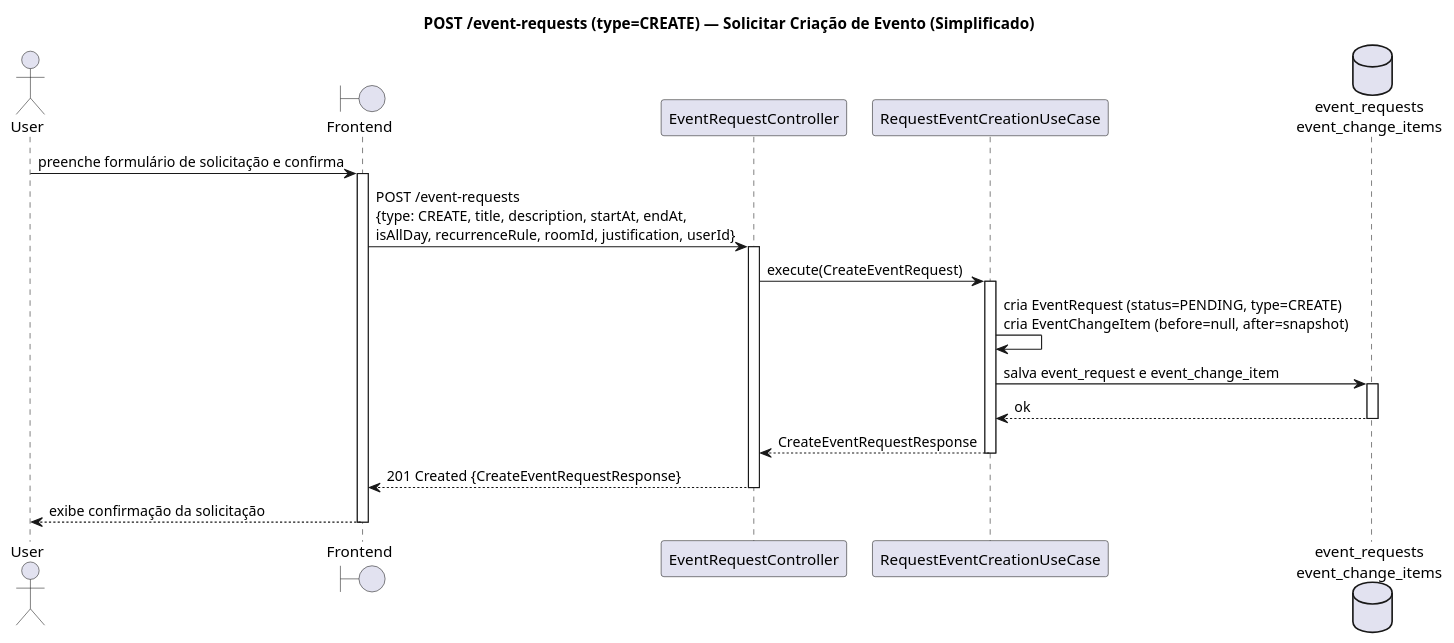
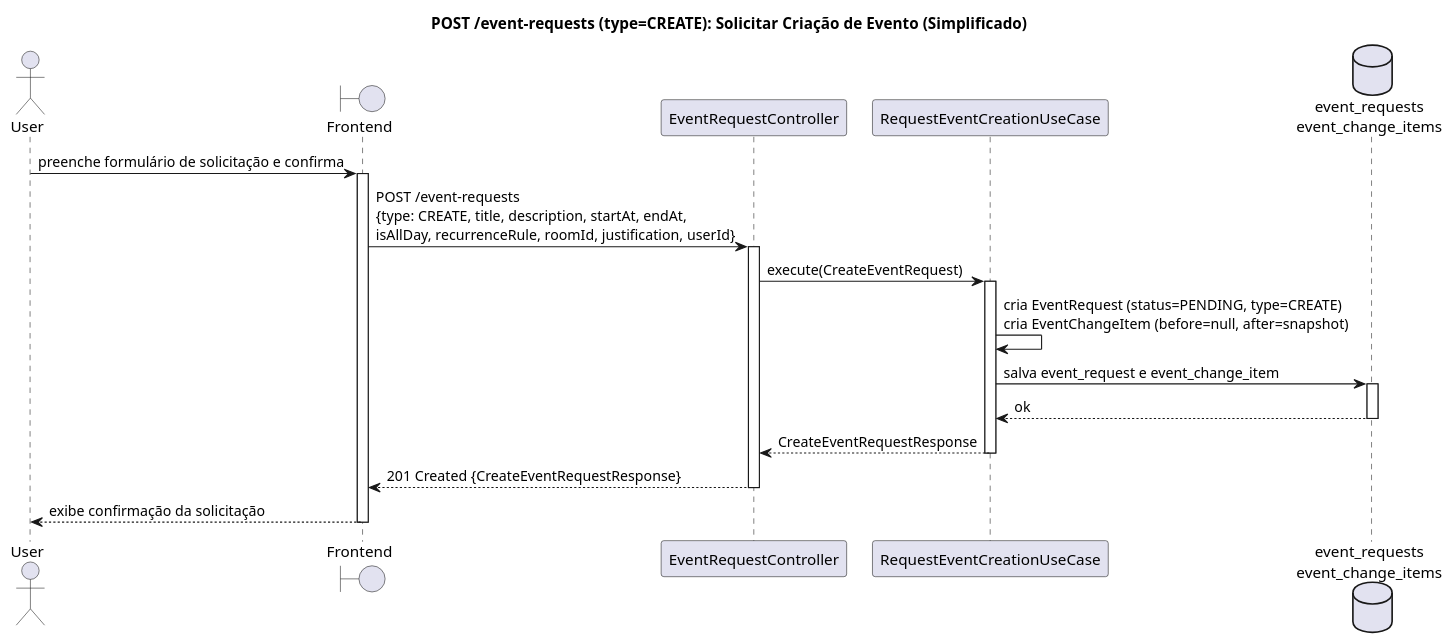
Before and after one commit to Neoguara/rooms-diagrams: the diagram in src/plantuml/sequencia/event/request_event_creation_simple.puml, drawn with PlantUML. The commit also changed 73 other files, not shown here.

```diff
--- a/src/plantuml/sequencia/event/request_event_creation_simple.puml
+++ b/src/plantuml/sequencia/event/request_event_creation_simple.puml
@@ -1,33 +1,33 @@
 @startuml request_event_creation_simple
 
-title POST /event-requests (type=CREATE) — Solicitar Criação de Evento (Simplificado)
+title POST /event-requests (type=CREATE): Solicitar Criação de Evento (Simplificado)
 
 actor User
 boundary "Frontend" as FE
 participant "EventRequestController" as Ctrl
 participant "RequestEventCreationUseCase" as UC
 database "event_requests\nevent_change_items" as DB
 
 User -> FE: preenche formulário de solicitação e confirma
 activate FE
 FE -> Ctrl: POST /event-requests\n{type: CREATE, title, description, startAt, endAt,\nisAllDay, recurrenceRule, roomId, justification, userId}
 activate Ctrl
 
 Ctrl -> UC: execute(CreateEventRequest)
 activate UC
 
 UC -> UC: cria EventRequest (status=PENDING, type=CREATE)\ncria EventChangeItem (before=null, after=snapshot)
 
 UC -> DB: salva event_request e event_change_item
 activate DB
 DB --> UC: ok
 deactivate DB
 
 UC --> Ctrl: CreateEventRequestResponse
 deactivate UC
 Ctrl --> FE: 201 Created {CreateEventRequestResponse}
 deactivate Ctrl
 FE --> User: exibe confirmação da solicitação
 deactivate FE
 
 @enduml
```
